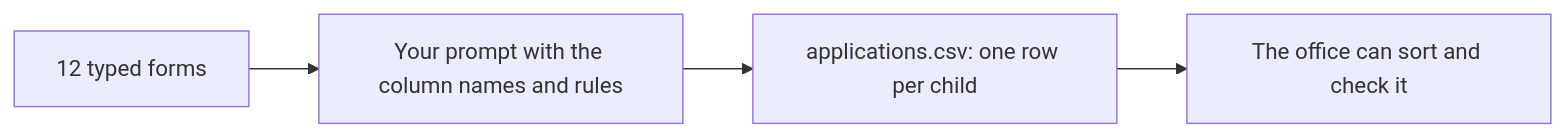
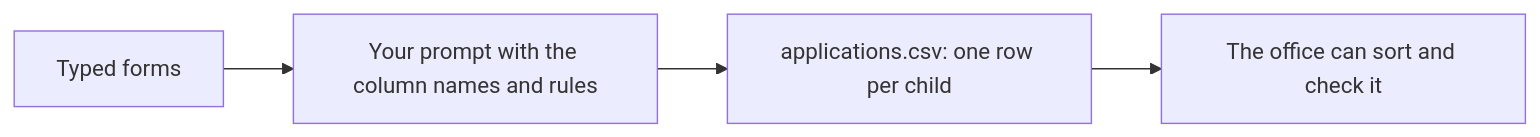
Before and after one commit to learnwithparam/ai-engineering-for-everyone: the diagram in parts/02-ask-for-a-table/02-extract-the-fields/problem/README.md, drawn with Mermaid. The commit also changed other lines of this file and 176 other files, not shown here.

````diff
--- a/parts/02-ask-for-a-table/02-extract-the-fields/problem/README.md
+++ b/parts/02-ask-for-a-table/02-extract-the-fields/problem/README.md
@@ -11,6 +7,6 @@
 ```mermaid
 flowchart LR
-  F[12 typed forms] --> P[Your prompt with the column names and rules]
+  F[Typed forms] --> P[Your prompt with the column names and rules]
   P --> C[applications.csv: one row per child]
   C --> S[The office can sort and check it]
 ```
````
